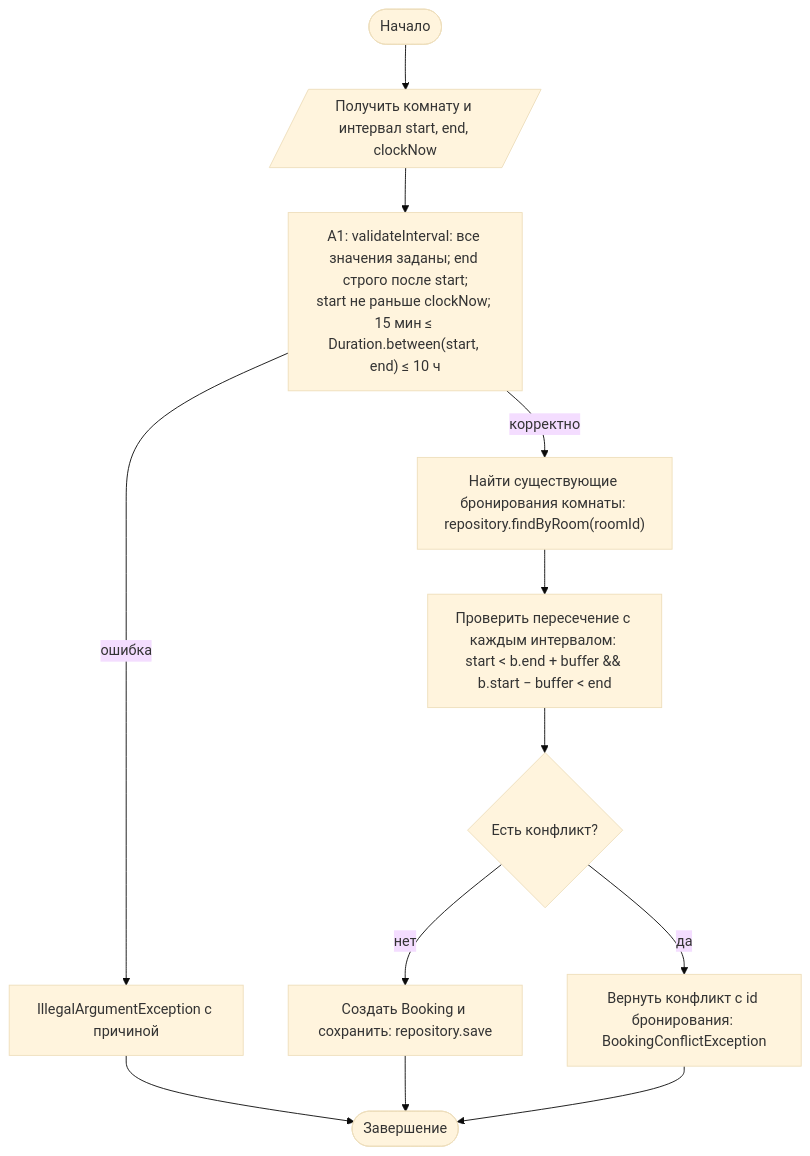
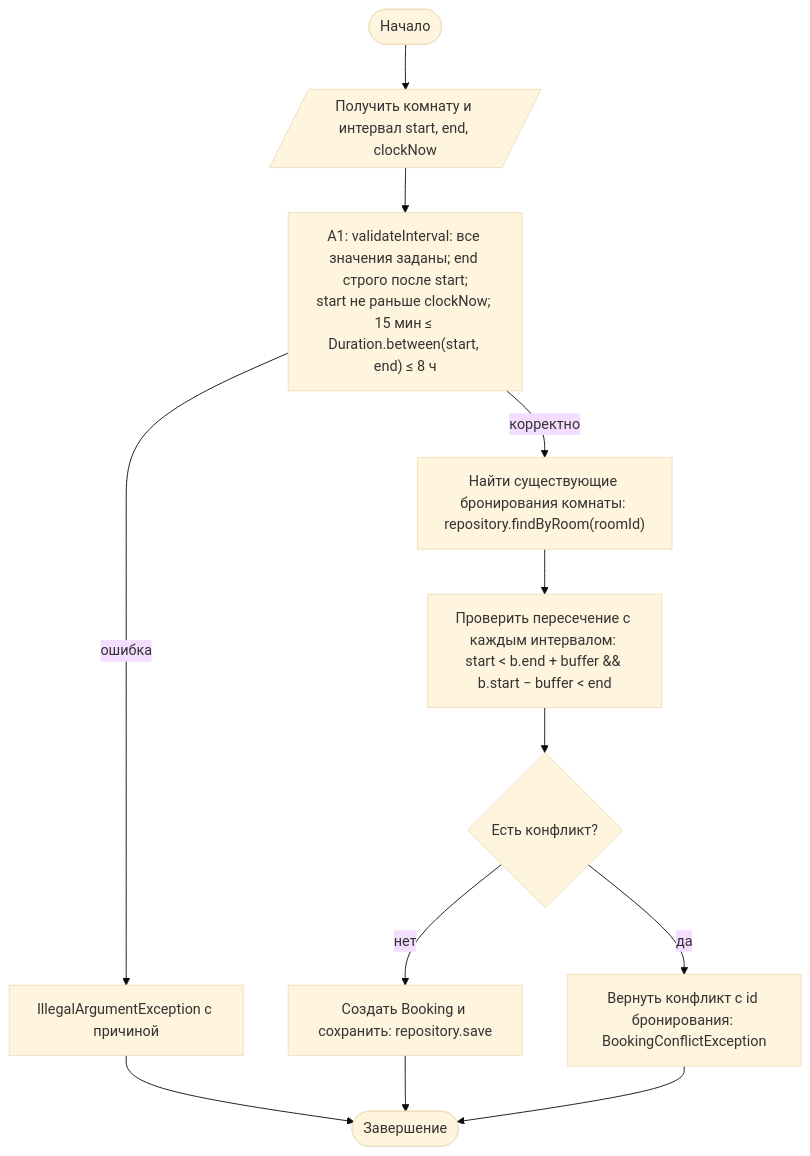
One commit to f1shi/java-practice changed the first of 2 diagrams in pr13/README.md. Above: the diagram before and after it, drawn with Mermaid (base theme). The commit also changed other lines of this file and 68 other files, not shown here.

````diff
--- a/pr13/README.md
+++ b/pr13/README.md
@@ -31,11 +32,11 @@
 ```mermaid
 flowchart TD
     S([Начало]) --> IN[/Получить комнату и интервал start, end, clockNow/]
-    IN --> A1["A1: validateInterval: все значения заданы; end строго после start;<br/>start не раньше clockNow; 15 мин ≤ Duration.between(start, end) ≤ 10 ч"]
+    IN --> A1["A1: validateInterval: все значения заданы; end строго после start;<br/>start не раньше clockNow; 15 мин ≤ Duration.between(start, end) ≤ 8 ч"]
     A1 -- ошибка --> ERR[IllegalArgumentException с причиной] --> E([Завершение])
     A1 -- корректно --> F["Найти существующие бронирования комнаты: repository.findByRoom(roomId)"]
     F --> O["Проверить пересечение с каждым интервалом: start < b.end + buffer && b.start − buffer < end"]
     O --> D{Есть конфликт?}
     D -- нет --> C["Создать Booking и сохранить: repository.save"] --> E
     D -- да --> X["Вернуть конфликт с id бронирования: BookingConflictException"] --> E
 ```
````
